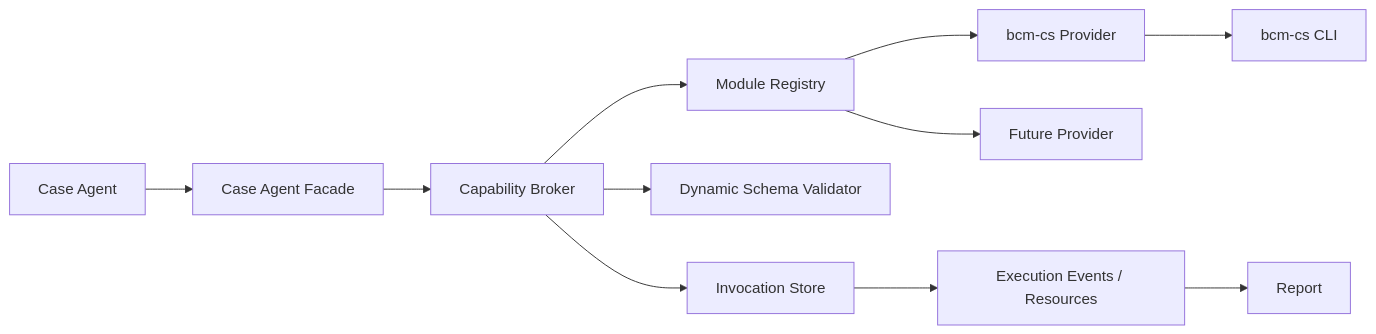
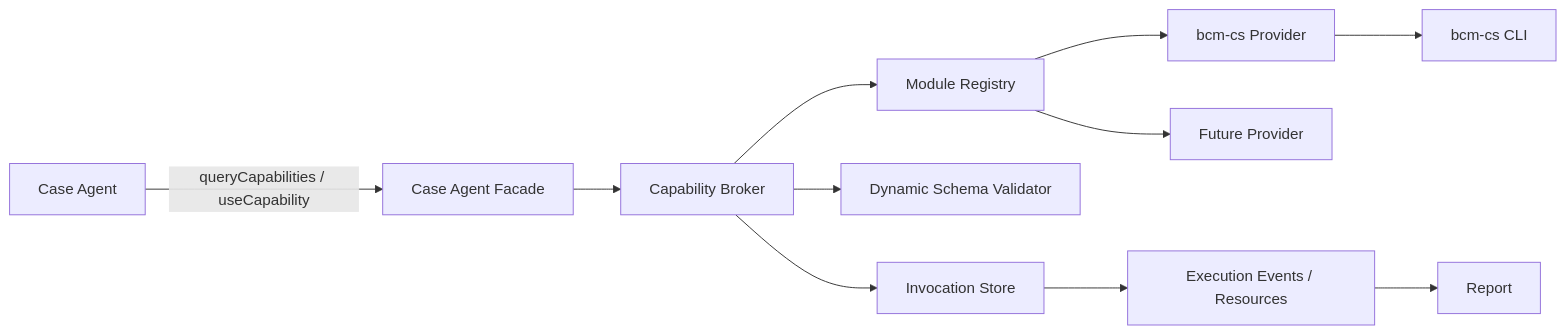
One commit to lianghuihui-plus/DevKit changed the first of 2 diagrams in skills/mobile-ai-visual-test/docs/superpowers/specs/2026-10-09-capability-modules-design.md. Above: the diagram before and after it, drawn with Mermaid. The commit also changed other lines of this file, not shown here.

Commit message:
docs(mavt): minimize capability module integration

````diff
--- a/skills/mobile-ai-visual-test/docs/superpowers/specs/2026-10-09-capability-modules-design.md
+++ b/skills/mobile-ai-visual-test/docs/superpowers/specs/2026-10-09-capability-modules-design.md
@@ -47,13 +47,13 @@
 ```mermaid
 flowchart LR
-  A["Case Agent"] --> F["Case Agent Facade"]
+  A["Case Agent"] -->|"queryCapabilities / useCapability"| F["Case Agent Facade"]
   F --> B["Capability Broker"]
   B --> R["Module Registry"]
   B --> V["Dynamic Schema Validator"]
   B --> P["Invocation Store"]
   R --> BCM["bcm-cs Provider"]
   R --> M2["Future Provider"]
   BCM --> CLI["bcm-cs CLI"]
   P --> E["Execution Events / Resources"]
   E --> RP["Report"]
 ```
````
